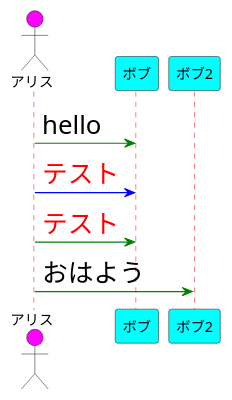
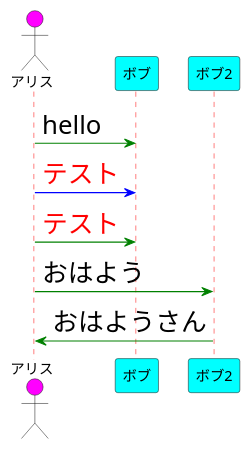
One commit to uemura4161/gitTest3 changed the diagram in style.pu. Above: the diagram before and after it, drawn with PlantUML.

Commit message:
おはようさん追加

```diff
--- a/style.pu
+++ b/style.pu
@@ -1,47 +1,48 @@
 @startuml
  
 ' 棒人間を当てる場合はactorを使います
 actor アリス #ff00ff
 participant ボブ #00ffff
 
 participant ボブ2 #00ffff
 
 ' デザイン定義
 ' 共通する内容
 skinparam {
     backgroundColor white
     defaultFontName "Consolas,メイリオ"
 }
 ' ⇑　defaultFontNameの使い方を間違えると日本語がおかしくなる
 ' NG: defaultFontName Consolas,メイリオ
  
 ' シーケンス図に関するデザイン定義
 skinparam sequence {
     ' オブジェクト
     ParticipantBorderColor black
     ParticipantBackgroundColor white
     PartitionFontSize 15
     PartitionFontStyle bold
 
     ArrowFontSize 25
  
     ' 矢印
     ArrowColor green
  
     ' 棒人間
     ActorBorderColor Yellow
  
     ' ライフライン（縦棒）
     LifeLineBorderColor red
 }
  
 
 ' 作図コード
 アリス -> ボブ : hello
 アリス [#0000ff]-> ボブ : <color:red>テスト
 アリス -> ボブ : <color:red>テスト
 
 アリス -> ボブ2 : おはよう
 
+ボブ2 -> アリス : おはようさん
 
 @enduml
```
